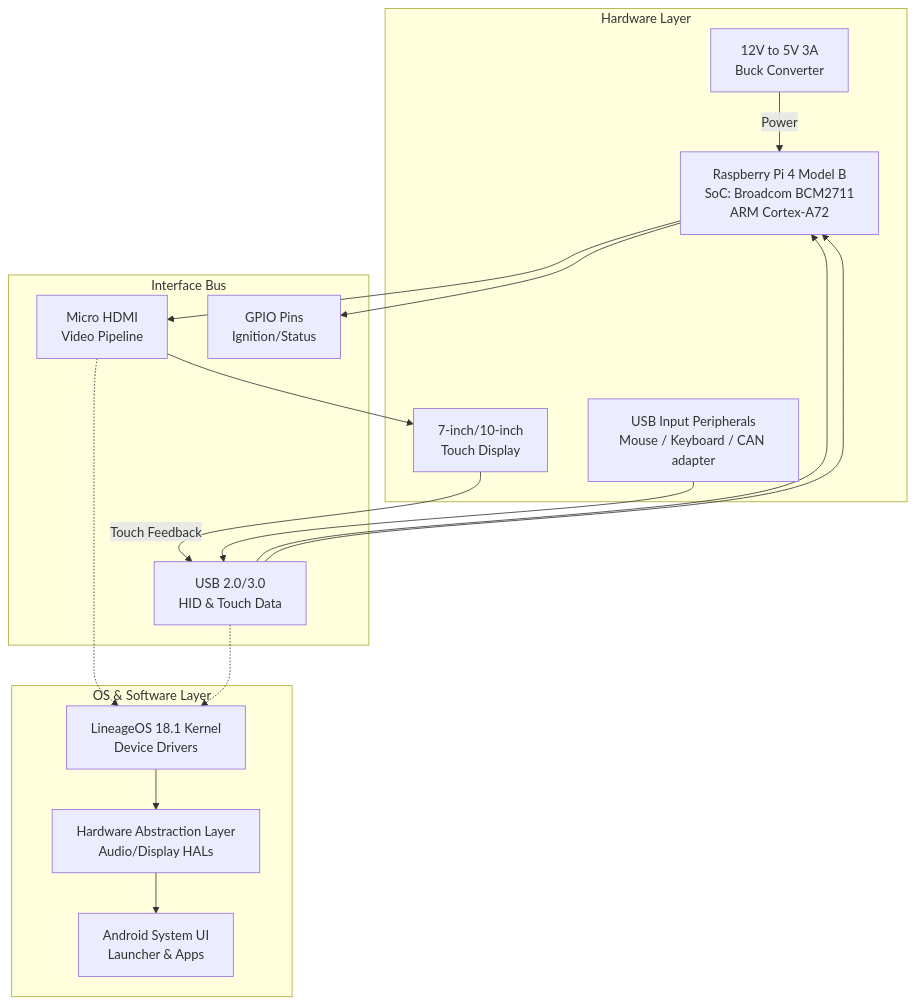
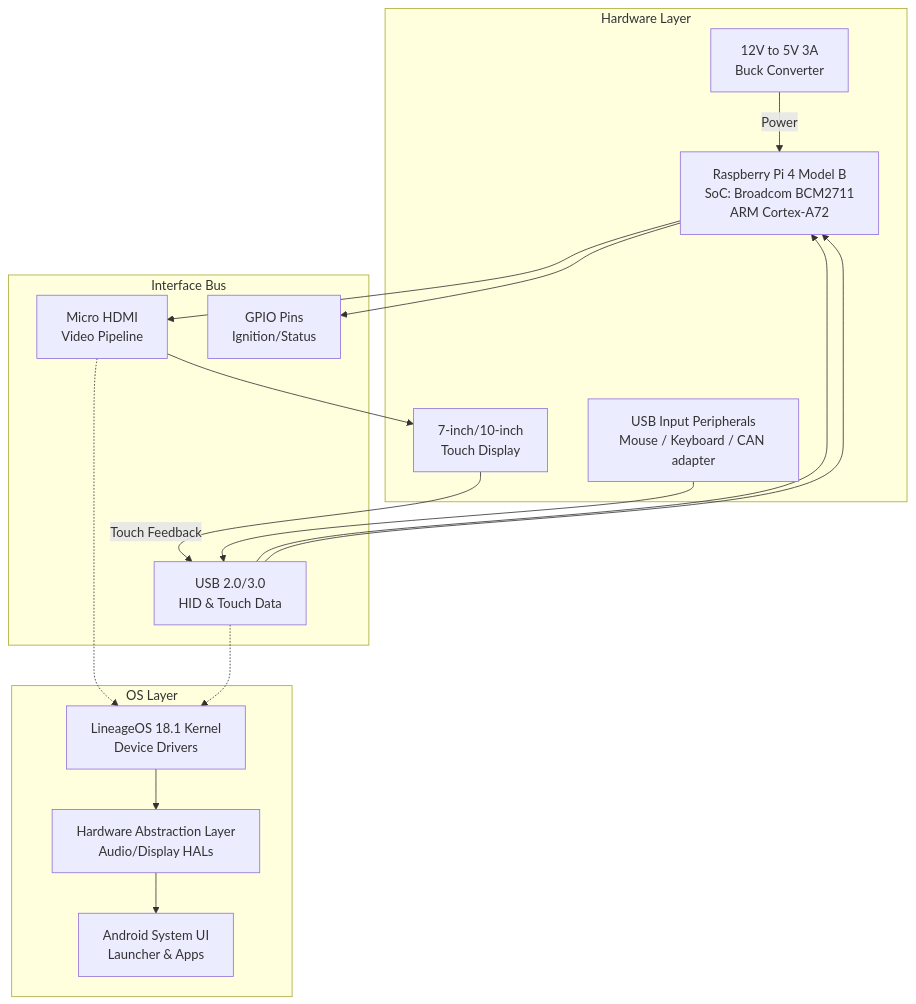
Before and after one commit to Git-Haree/android-automotive-pi4: the diagram in README.md, drawn with Mermaid.

Commit message:
Fix Mermaid diagram parsing syntax

````diff
--- a/README.md
+++ b/README.md
@@ -11,32 +11,32 @@
 ```mermaid
 flowchart TD
     subgraph Hardware Layer
-        Pi[Raspberry Pi 4 Model B\nSoC: Broadcom BCM2711\nARM Cortex-A72]
-        Disp[7-inch/10-inch\nTouch Display]
-        Peri[USB Input Peripherals\nMouse / Keyboard / CAN adapter]
-        Pow[12V to 5V 3A\nBuck Converter]
+        Pi["Raspberry Pi 4 Model B\nSoC: Broadcom BCM2711\nARM Cortex-A72"]
+        Disp["7-inch/10-inch\nTouch Display"]
+        Peri["USB Input Peripherals\nMouse / Keyboard / CAN adapter"]
+        Pow["12V to 5V 3A\nBuck Converter"]
     end
 
     subgraph Interface Bus
-        HDMI[Micro HDMI\nVideo Pipeline]
-        USB[USB 2.0/3.0\nHID & Touch Data]
-        GPIO[GPIO Pins\nIgnition/Status]
+        HDMI["Micro HDMI\nVideo Pipeline"]
+        USB["USB 2.0/3.0\nHID & Touch Data"]
+        GPIO["GPIO Pins\nIgnition/Status"]
     end
 
-    subgraph OS & Software Layer
-        LOS[LineageOS 18.1 Kernel\nDevice Drivers]
-        HAL[Hardware Abstraction Layer\nAudio/Display HALs]
-        SysUI[Android System UI\nLauncher & Apps]
+    subgraph OS Layer
+        LOS["LineageOS 18.1 Kernel\nDevice Drivers"]
+        HAL["Hardware Abstraction Layer\nAudio/Display HALs"]
+        SysUI["Android System UI\nLauncher & Apps"]
     end
 
     Pow -->|Power| Pi
     Pi --> HDMI --> Disp
-    Disp -->|Touch Feedback| USB --> Pi
+    Disp -->|"Touch Feedback"| USB --> Pi
     Peri --> USB --> Pi
     Pi --> GPIO
     
     HDMI -.-> LOS
     USB -.-> LOS
     LOS --> HAL
     HAL --> SysUI
 ```
````
